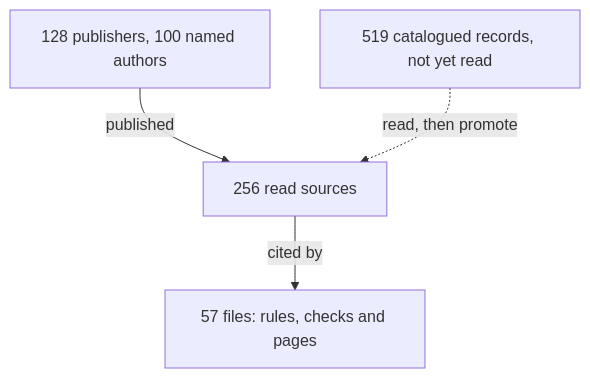
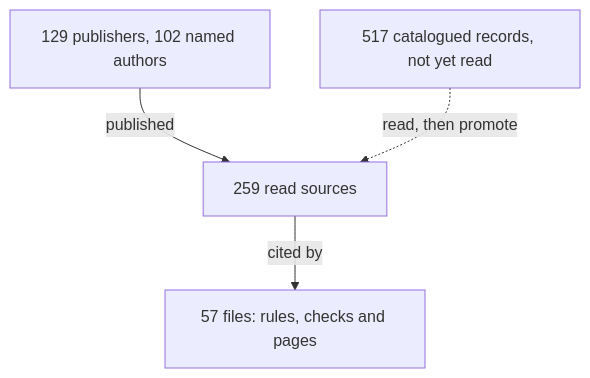
Before and after one commit to Valpatel/cad-agent: the diagram in docs/practice/experts.md, drawn with Mermaid. The commit also changed other lines of this file and 5 other files, not shown here.

````diff
--- a/docs/practice/experts.md
+++ b/docs/practice/experts.md
@@ -6,7 +6,7 @@
 ```mermaid
 flowchart TD
-  P["128 publishers, 100 named authors"] -->|published| S["256 read sources"]
+  P["129 publishers, 102 named authors"] -->|published| S["259 read sources"]
   S -->|cited by| U["57 files: rules, checks and pages"]
-  C["519 catalogued records, not yet read"] -.->|read, then promote| S
+  C["517 catalogued records, not yet read"] -.->|read, then promote| S
   class S here
 ```
````
